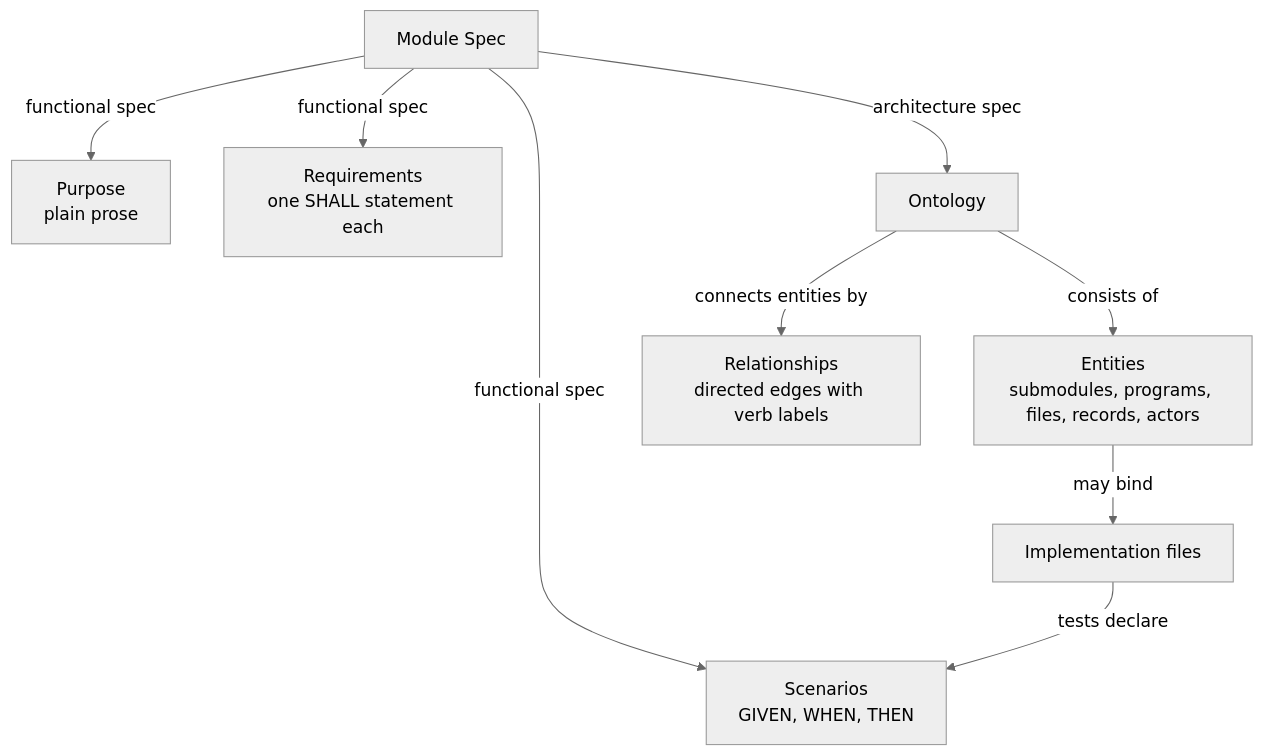
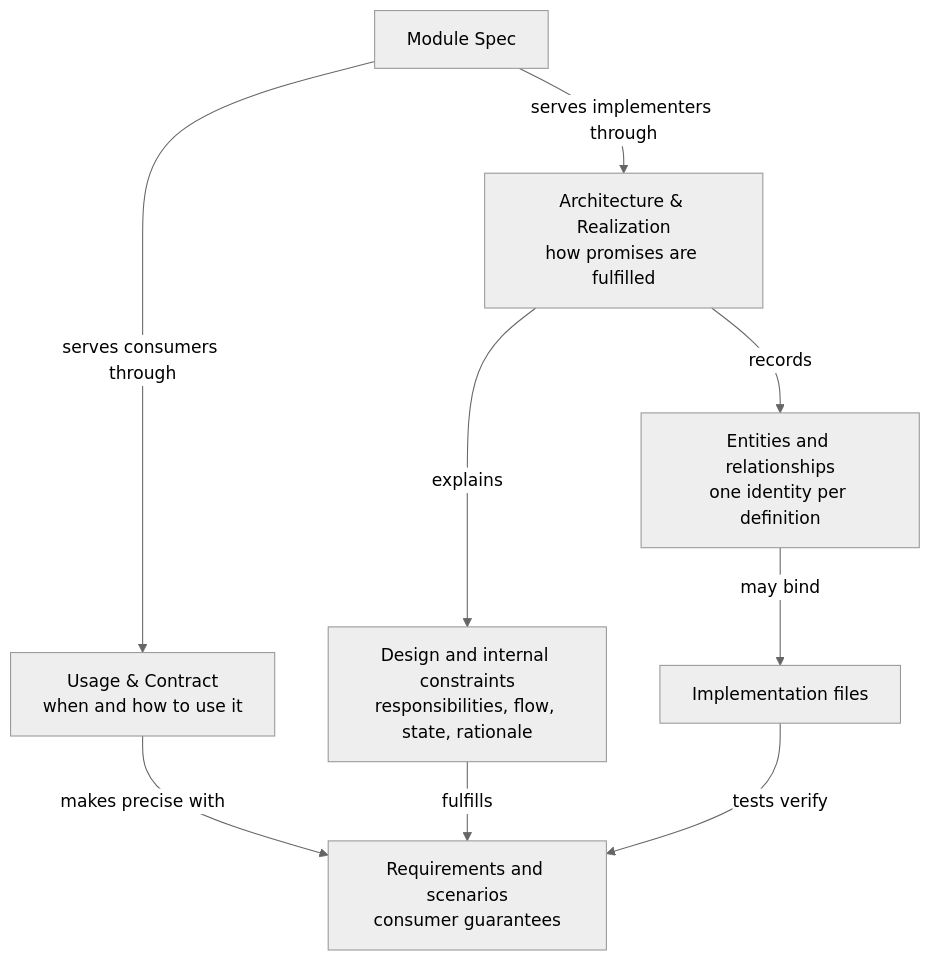
Before and after one commit to FTOD/concorde: the first of 2 diagrams in .concorde/protocol/kinds/module.md, drawn with Mermaid (neutral theme). The commit also changed other lines of this file and 113 other files, not shown here.

Commit message:
Refactor Module Specs into usage contracts and internal realization

````diff
--- a/.concorde/protocol/kinds/module.md
+++ b/.concorde/protocol/kinds/module.md
@@ -15,21 +16,20 @@
 ```mermaid
 flowchart TB
     accTitle: Information inside a Module Spec
-    accDescr: A Module Spec has a functional half and an architecture half. The functional half states the purpose, the Module-level requirements and the scenarios. The architecture half is the Ontology: the entities and the labeled relationships between them. Entities may bind implementation files, and tests among those files declare the scenarios they verify.
+    accDescr: One Module Spec serves consumers through Usage and Contract and implementers through Architecture and Realization. Usage prose explains entry points and outcomes; requirements and scenarios make promises precise. Design explains how the promises are fulfilled, with entities, relationships and file bindings. Internal constraints remain normative without duplicating external guarantees.
     module["Module Spec"]
-    purpose["Purpose<br/>plain prose"]
-    requirements["Requirements<br/>one SHALL statement each"]
-    scenarios["Scenarios<br/>GIVEN, WHEN, THEN"]
-    ontology["Ontology"]
-    entities["Entities<br/>submodules, programs, files, records, actors"]
-    relationships["Relationships<br/>directed edges with verb labels"]
+    usage["Usage & Contract<br/>when and how to use it"]
+    promises["Requirements and scenarios<br/>consumer guarantees"]
+    architecture["Architecture & Realization<br/>how promises are fulfilled"]
+    design["Design and internal constraints<br/>responsibilities, flow, state, rationale"]
+    entities["Entities and relationships<br/>one identity per definition"]
     files["Implementation files"]
-    module -->|functional spec| purpose
-    module -->|functional spec| requirements
-    module -->|functional spec| scenarios
-    module -->|architecture spec| ontology
-    ontology -->|consists of| entities
-    ontology -->|connects entities by| relationships
+    module -->|serves consumers through| usage
+    usage -->|makes precise with| promises
+    module -->|serves implementers through| architecture
+    architecture -->|explains| design
+    design -->|fulfills| promises
+    architecture -->|records| entities
     entities -->|may bind| files
-    files -->|tests declare| scenarios
+    files -->|tests verify| promises
 ```
````
